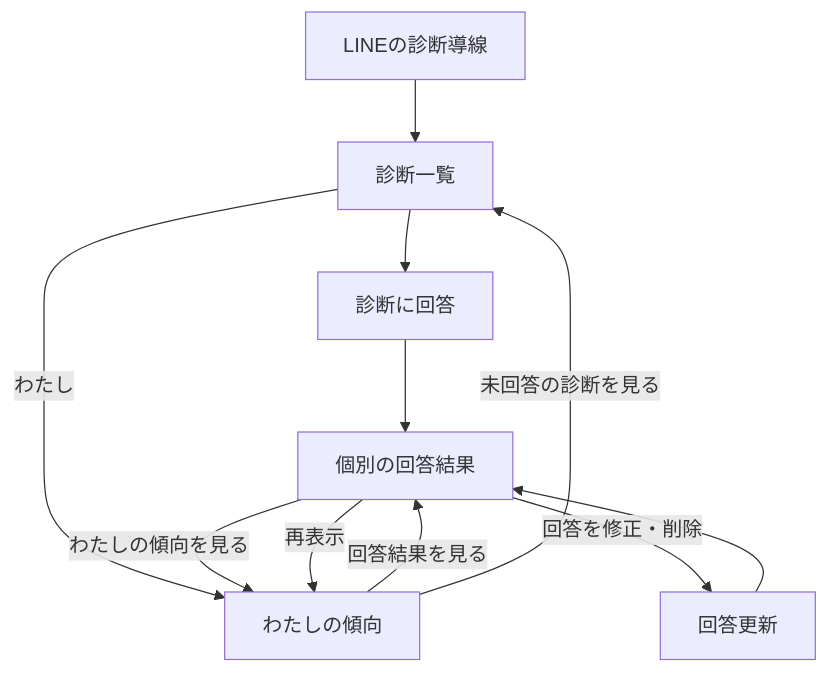
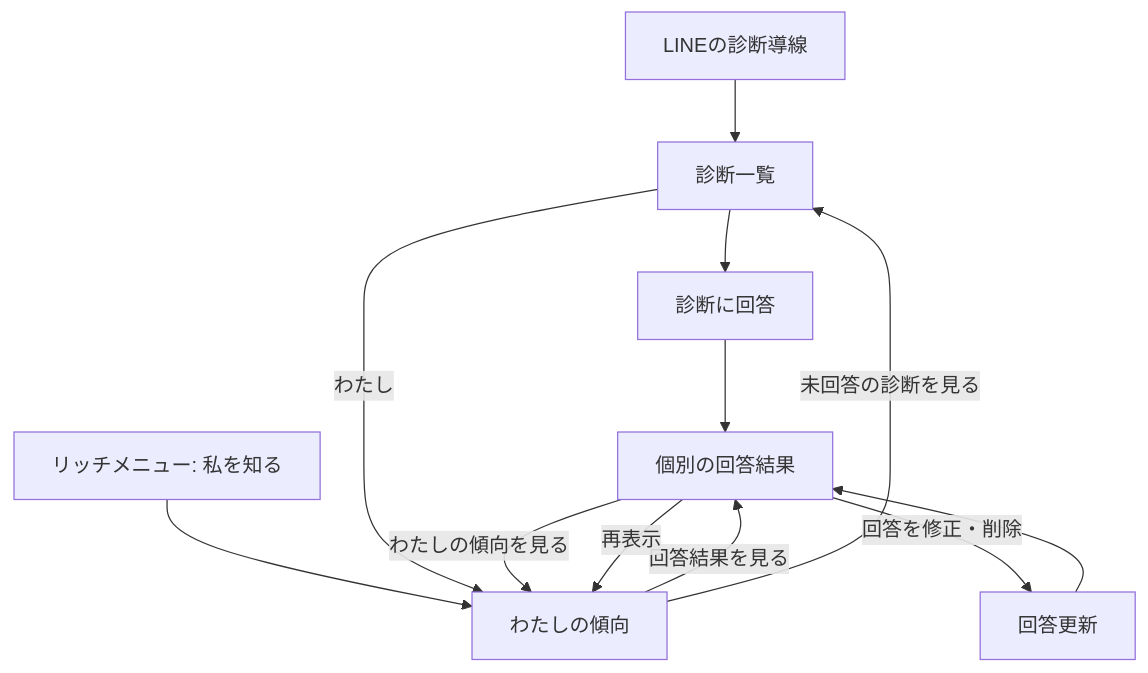
Before and after one commit to kkyosuke/me-builder: the first of 2 diagrams in docs/product/profile-summary-experience.md, drawn with Mermaid. The commit also changed other lines of this file and 12 other files, not shown here.

````diff
--- a/docs/product/profile-summary-experience.md
+++ b/docs/product/profile-summary-experience.md
@@ -134,13 +134,14 @@
 ```mermaid
 flowchart TD
     L[LINEの診断導線] --> H[診断一覧]
+    M[リッチメニュー: 私を知る] --> P[わたしの傾向]
     H --> Q[診断に回答]
     Q --> R[個別の回答結果]
-    H -->|わたし| P[わたしの傾向]
+    H -->|わたし| P
     R -->|わたしの傾向を見る| P
     P -->|回答結果を見る| R
     P -->|未回答の診断を見る| H
     R -->|回答を修正・削除| U[回答更新]
     U --> R
     R -->|再表示| P
 ```
````
